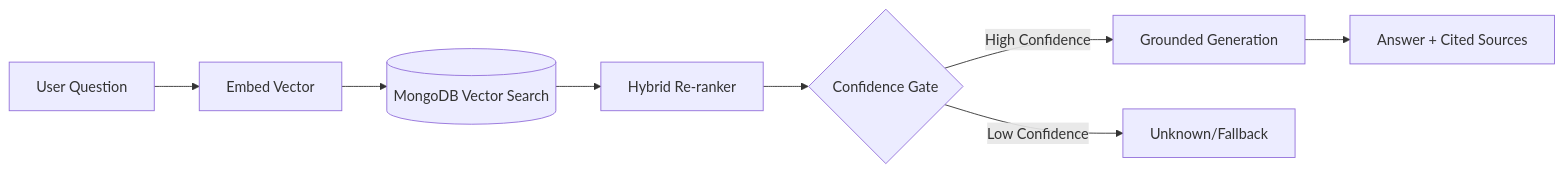
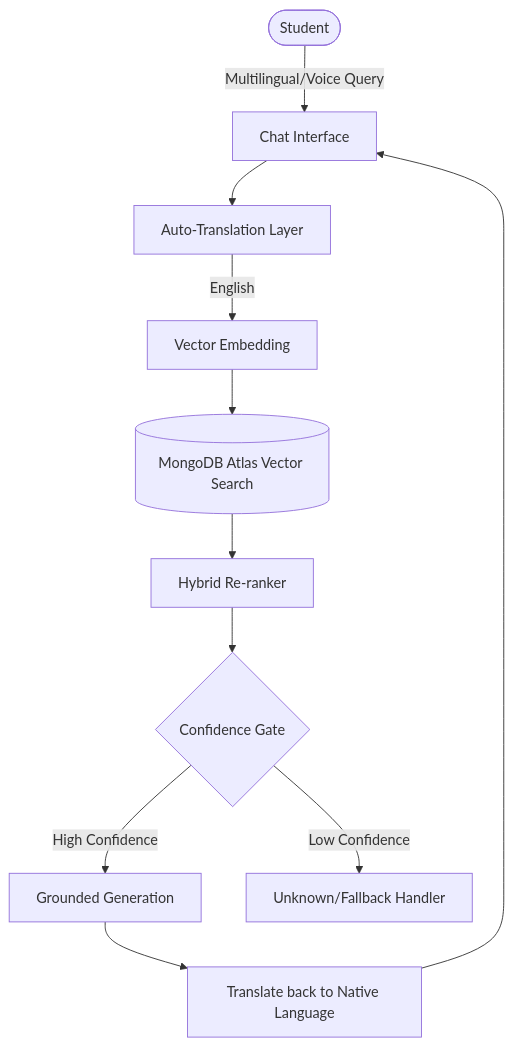
The diagram in README.md (codeyaman/college-ko-jane), drawn with Mermaid before and after one commit. The commit also changed other lines of this file, not shown here.

````diff
--- a/README.md
+++ b/README.md
@@ -102,10 +108,13 @@
 ```mermaid
-graph LR
-    Q[User Question] --> E[Embed Vector]
-    E --> DB[(MongoDB Vector Search)]
+graph TD
+    User([Student]) -->|Multilingual/Voice Query| UI[Chat Interface]
+    UI --> Translate[Auto-Translation Layer]
+    Translate -->|English| E[Vector Embedding]
+    E --> DB[(MongoDB Atlas Vector Search)]
     DB --> R[Hybrid Re-ranker]
     R --> G{Confidence Gate}
     G -- High Confidence --> Gen[Grounded Generation]
-    G -- Low Confidence --> U[Unknown/Fallback]
-    Gen --> A[Answer + Cited Sources]
+    G -- Low Confidence --> U[Unknown/Fallback Handler]
+    Gen --> TransOut[Translate back to Native Language]
+    TransOut --> UI
 ```
````
